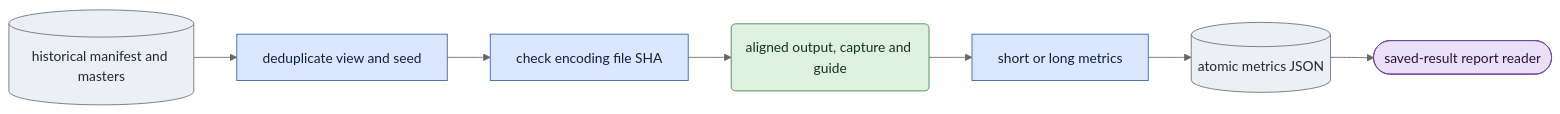
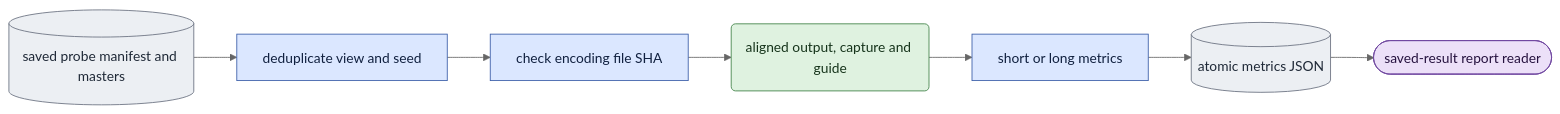
Before and after one commit to AtlantixJJ/LTX-2: the diagram in scripts/onestep_avatar/doc/experiments/saved_probe_metrics.md, drawn with Mermaid (neutral theme). The commit also changed other lines of this file and 136 other files, not shown here.

````diff
--- a/scripts/onestep_avatar/doc/experiments/saved_probe_metrics.md
+++ b/scripts/onestep_avatar/doc/experiments/saved_probe_metrics.md
@@ -13,15 +13,15 @@
 ```mermaid
 flowchart LR
-  M[("historical manifest and masters")] --> P["deduplicate view and seed"]
+  M[("saved probe manifest and masters")] --> P["deduplicate view and seed"]
   P --> H["check encoding file SHA"] --> T("aligned output, capture and guide")
   T --> C["short or long metrics"] --> J[("atomic metrics JSON")]
   J --> R(["saved-result report reader"])
   classDef proc fill:#dbe7ff,stroke:#3b5ea8,color:#10203f;
   classDef disk fill:#eceff3,stroke:#6b7280,color:#1f2937;
   classDef tensor fill:#dff2e0,stroke:#43834a,color:#16341b;
   classDef out fill:#ece0f8,stroke:#7048a0,color:#26123f;
   class P,H,C proc;
   class M,J disk;
   class T tensor;
   class R out;
 ```
````
